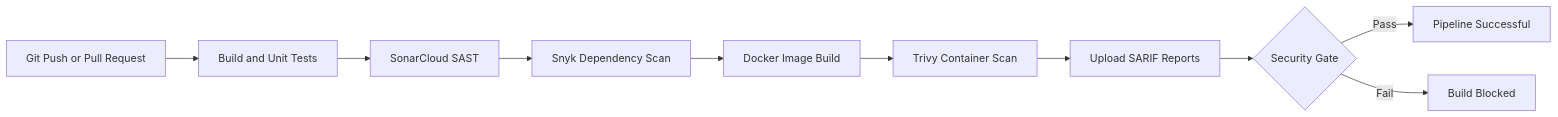
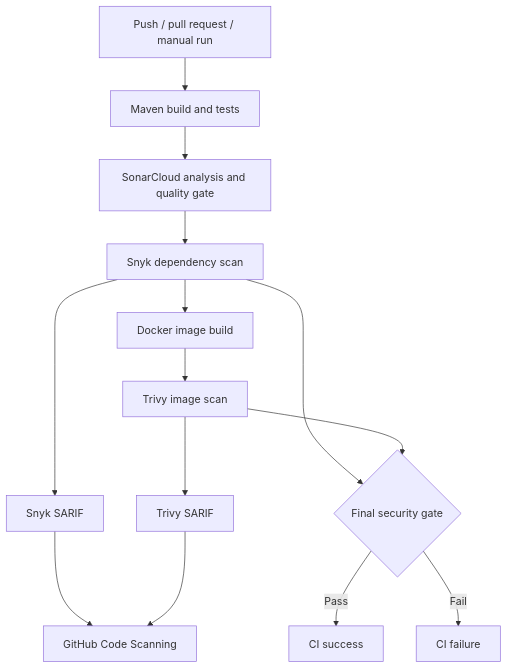
Before and after one commit to riyan-ahmed/lean-devsecops-pipeline: the diagram in README.md, drawn with Mermaid. The commit also changed other lines of this file, not shown here.

````diff
--- a/README.md
+++ b/README.md
@@ -41,12 +23,16 @@
 ```mermaid
-flowchart LR
-    A[Git Push or Pull Request] --> B[Build and Unit Tests]
-    B --> C[SonarCloud SAST]
-    C --> D[Snyk Dependency Scan]
-    D --> E[Docker Image Build]
-    E --> F[Trivy Container Scan]
-    F --> G[Upload SARIF Reports]
-    G --> H{Security Gate}
-    H -->|Pass| I[Pipeline Successful]
-    H -->|Fail| J[Build Blocked]
+flowchart TD
+    A[Push / pull request / manual run] --> B[Maven build and tests]
+    B --> C[SonarCloud analysis and quality gate]
+    C --> D[Snyk dependency scan]
+    D --> E[Docker image build]
+    E --> F[Trivy image scan]
+    D --> G[Snyk SARIF]
+    F --> H[Trivy SARIF]
+    G --> I[GitHub Code Scanning]
+    H --> I
+    D --> J{Final security gate}
+    F --> J
+    J -->|Pass| K[CI success]
+    J -->|Fail| L[CI failure]
 ```
````
